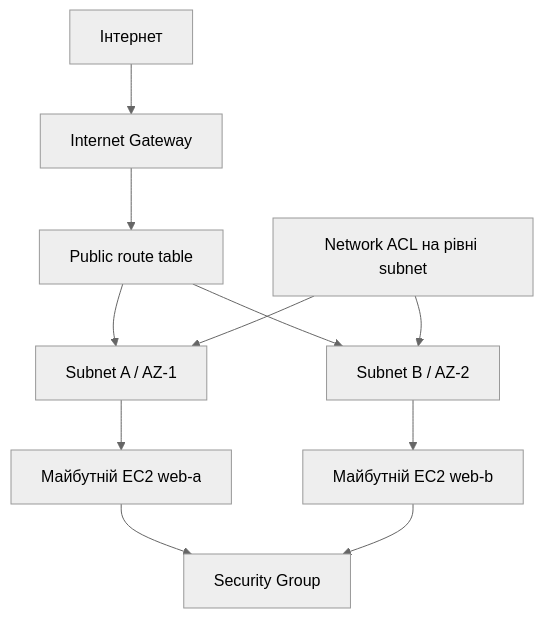
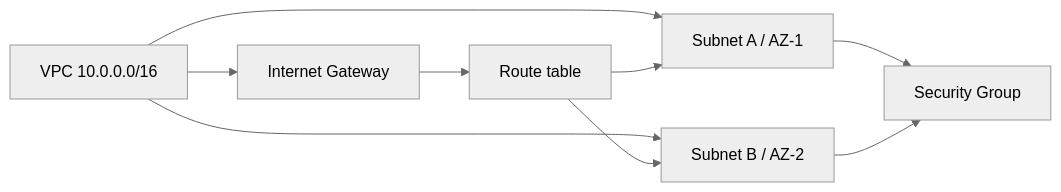
One commit to rossogamata/tasp243 changed the diagram in Lesson1_3/README.md. Above: the diagram before and after it, drawn with Mermaid (neutral theme). The commit also changed other lines of this file and 6 other files, not shown here.

````diff
--- a/Lesson1_3/README.md
+++ b/Lesson1_3/README.md
@@ -26,13 +12,11 @@
 ```mermaid
-flowchart TB
-    Internet[Інтернет] --> IGW[Internet Gateway]
-    IGW --> Routes[Public route table]
-    Routes --> SubnetA[Subnet A / AZ-1]
-    Routes --> SubnetB[Subnet B / AZ-2]
-    SubnetA --> WebA[Майбутній EC2 web-a]
-    SubnetB --> WebB[Майбутній EC2 web-b]
-    WebA --> SG[Security Group]
-    WebB --> SG
-    NACL[Network ACL на рівні subnet] --> SubnetA
-    NACL --> SubnetB
+flowchart LR
+    VPC[VPC 10.0.0.0/16] --> A[Subnet A / AZ-1]
+    VPC --> B[Subnet B / AZ-2]
+    VPC --> IGW[Internet Gateway]
+    IGW --> RT[Route table]
+    RT --> A
+    RT --> B
+    A --> SG[Security Group]
+    B --> SG
 ```
````
